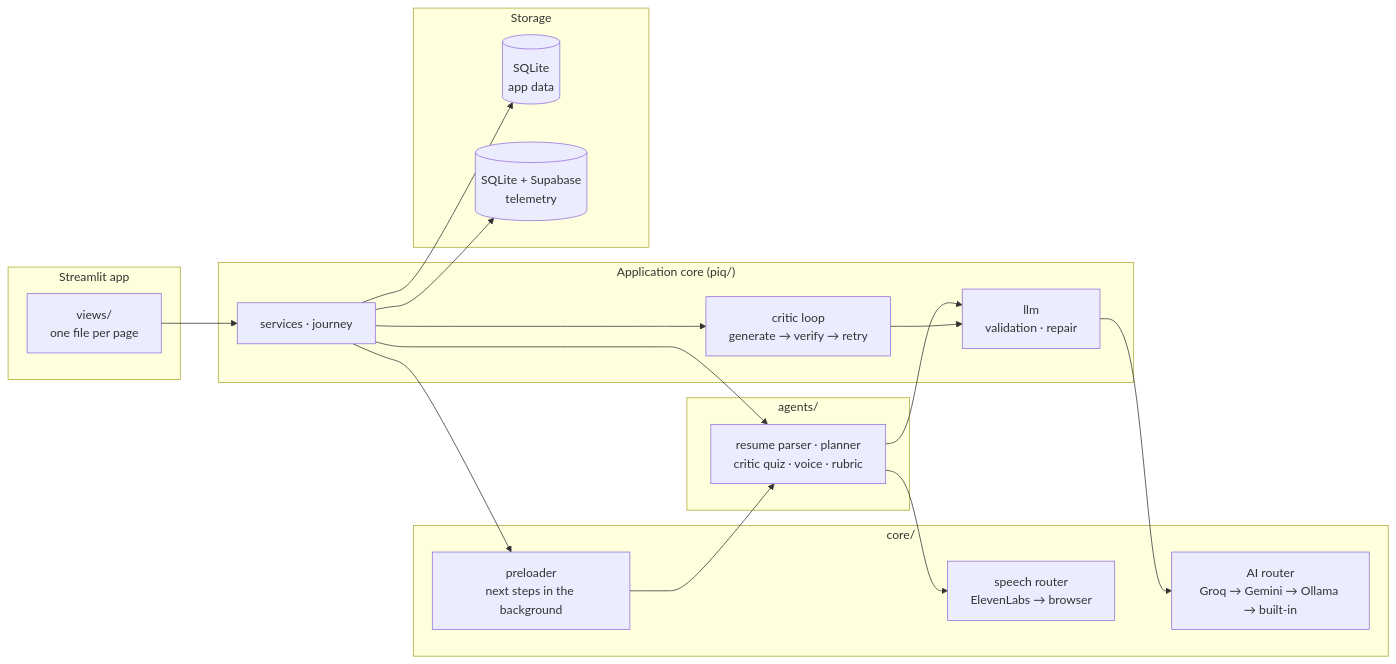
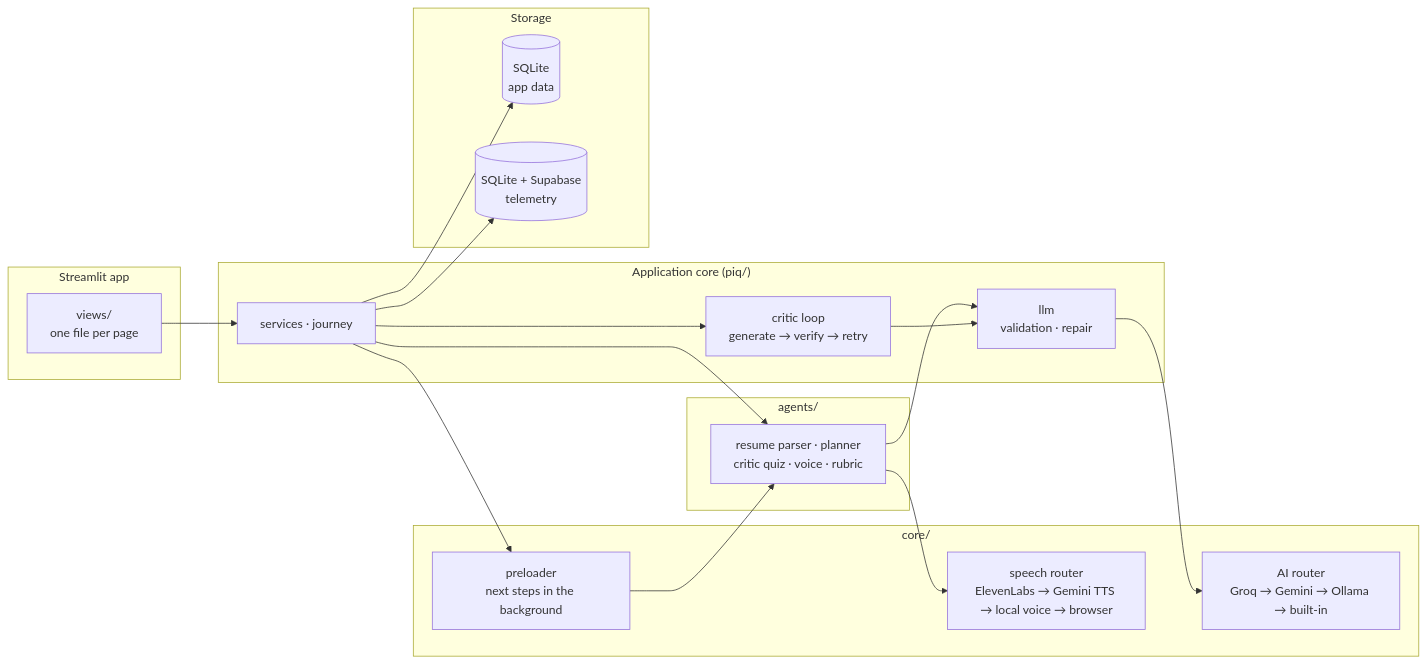
Before and after one commit to prajwalparish-git/Skill-Scout-Nexus: the diagram in README.md, drawn with Mermaid. The commit also changed other lines of this file and 12 other files, not shown here.

First line of the commit message:
feat(voice): Gemini TTS as the ElevenLabs alternative, offline voice and transcription

````diff
--- a/README.md
+++ b/README.md
@@ -233,31 +233,31 @@
 ```mermaid
 flowchart LR
     subgraph UI["Streamlit app"]
         V["views/<br/>one file per page"]
     end
     subgraph Core["Application core (piq/)"]
         S["services · journey"]
         G["critic loop<br/>generate → verify → retry"]
         L["llm<br/>validation · repair"]
     end
     subgraph Agents["agents/"]
         A["resume parser · planner<br/>critic quiz · voice · rubric"]
     end
     subgraph Routers["core/"]
         R["AI router<br/>Groq → Gemini → Ollama → built-in"]
-        SP["speech router<br/>ElevenLabs → browser"]
+        SP["speech router<br/>ElevenLabs → Gemini TTS → local voice → browser"]
         PL["preloader<br/>next steps in the background"]
     end
     subgraph Data["Storage"]
         DB[("SQLite<br/>app data")]
         T[("SQLite + Supabase<br/>telemetry")]
     end
     V --> S
     S --> A
     S --> PL --> A
     S --> G --> L --> R
     A --> L
     A --> SP
     S --> DB
     S --> T
 ```
````
